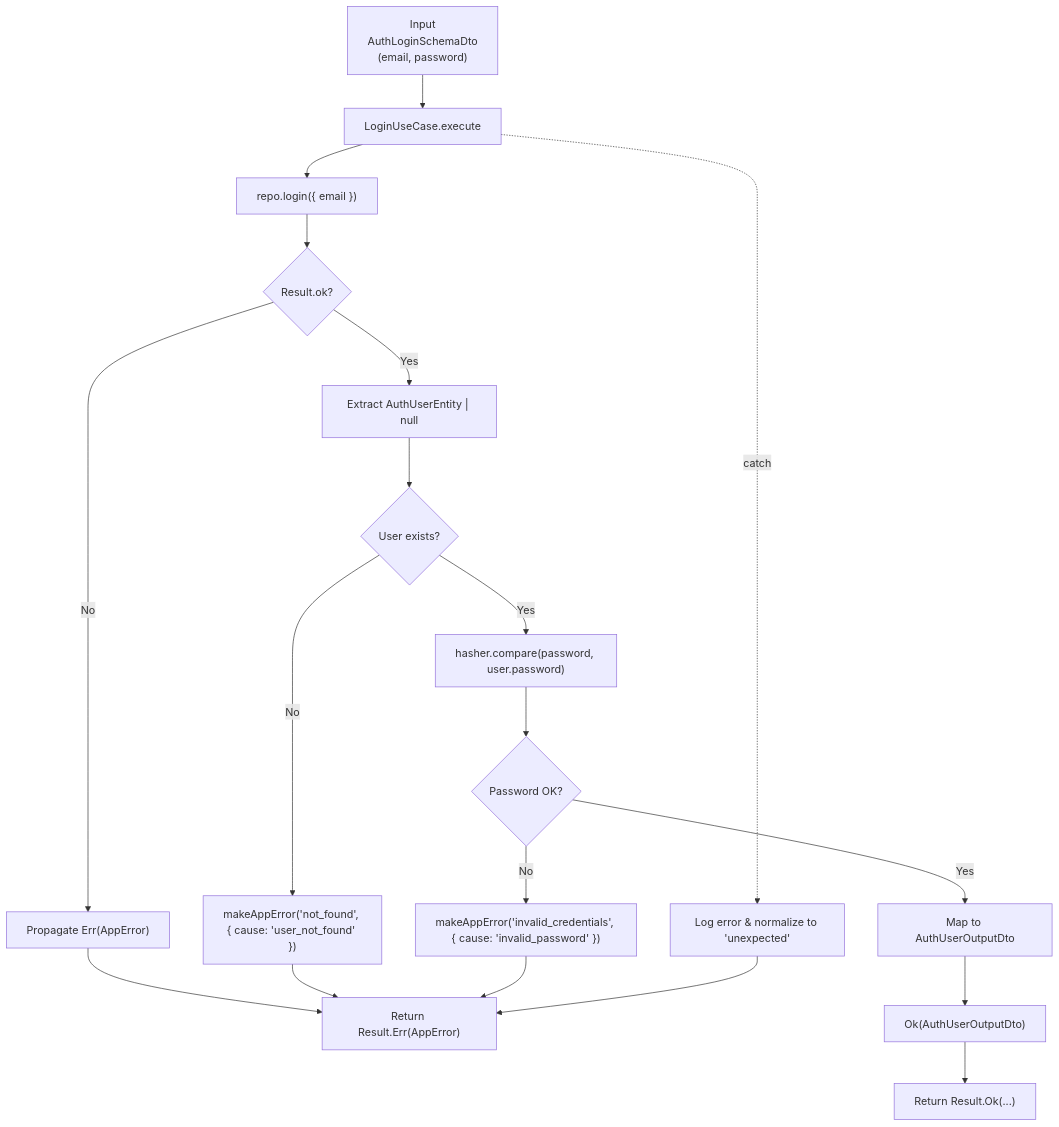
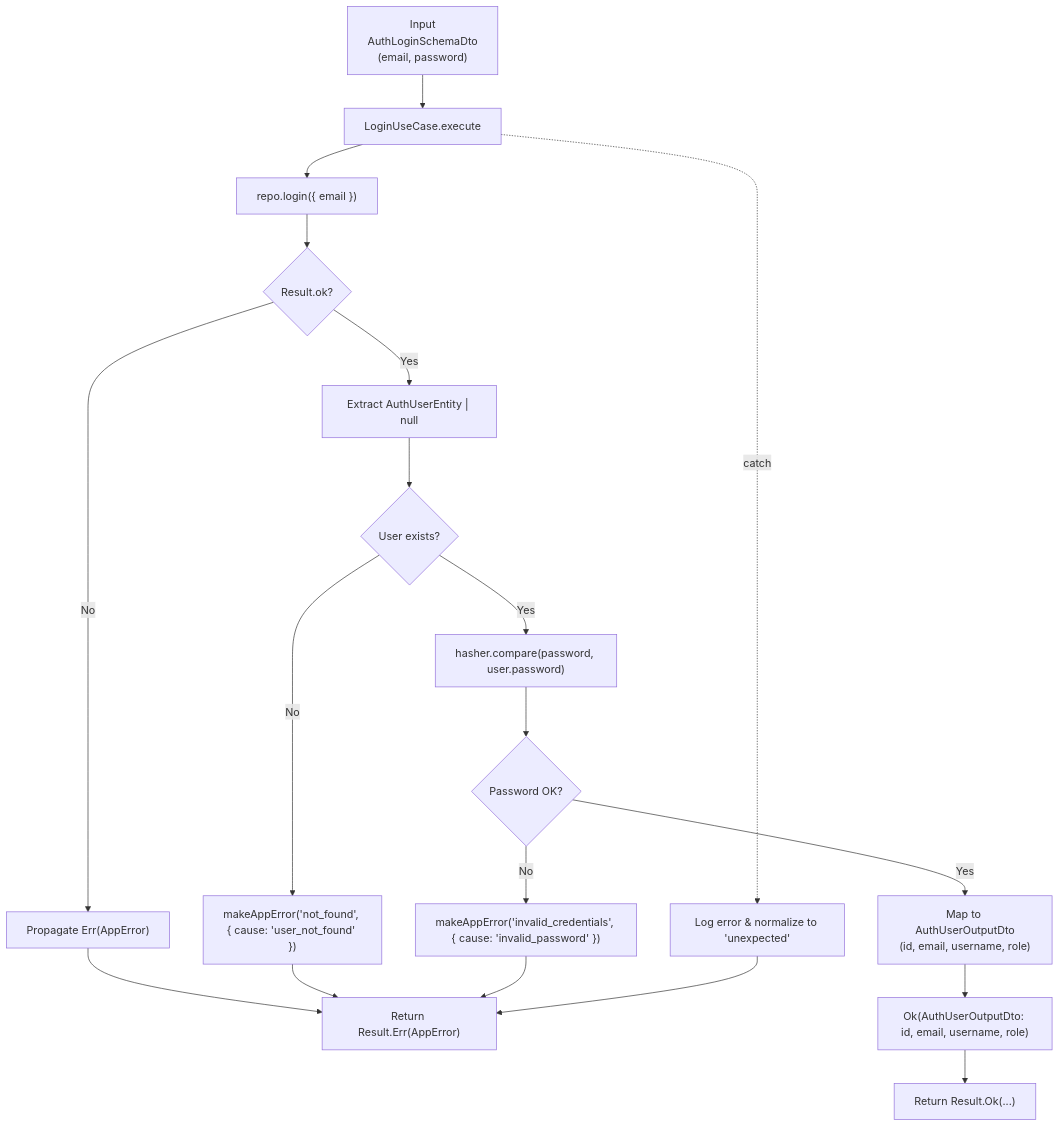
The third of 6 diagrams in src/modules/auth/notes/flowcharts.md (andrewpetersondev/nextjs-dashboard), drawn with Mermaid before and after one commit. The commit also changed other lines of this file and 1 other file, not shown here.

Commit message:
docs: enhance flowcharts and login workflow with detailed mappings for session principal DTO

````diff
--- a/src/modules/auth/notes/flowcharts.md
+++ b/src/modules/auth/notes/flowcharts.md
@@ -95,46 +95,46 @@
 ```mermaid
 flowchart TD
 %% Inputs
   A["Input<br/>AuthLoginSchemaDto<br/>(email, password)"] --> B[LoginUseCase.execute]
 
 %% Repository Call
   B --> C["repo.login({ email })"]
 
 %% Repo Result Decision
   C --> D{Result.ok?}
 
 %% Repo Error Propagation
   D -->|No| E["Propagate Err(AppError)"]
   E --> Z["Return Result.Err(AppError)"]
 
 %% Repo Success path
   D -->|Yes| F["Extract AuthUserEntity | null"]
 
 %% User existence decision
   F --> G{User exists?}
 
 %% Not Found Path
   G -->|No| H["makeAppError('not_found', { cause: 'user_not_found' })"]
   H --> Z
 
 %% Password Verification
   G -->|Yes| I["hasher.compare(password, user.password)"]
 
 %% Password Decision
   I --> J{Password OK?}
 
 %% Invalid Credentials Path
   J -->|No| K["makeAppError('invalid_credentials', { cause: 'invalid_password' })"]
   K --> Z
 
 %% Success Path
-  J -->|Yes| L["Map to AuthUserOutputDto"]
-  L --> M["Ok(AuthUserOutputDto)"]
+  J -->|Yes| L["Map to AuthUserOutputDto<br/>(id, email, username, role)"]
+  L --> M["Ok(AuthUserOutputDto: id, email, username, role)"]
 
 %% Outputs
   M --> Z1["Return Result.Ok(...)"]
 
 %% Catch block
   B -. catch .-> N["Log error & normalize to 'unexpected'"]
   N --> Z
 ```
````
